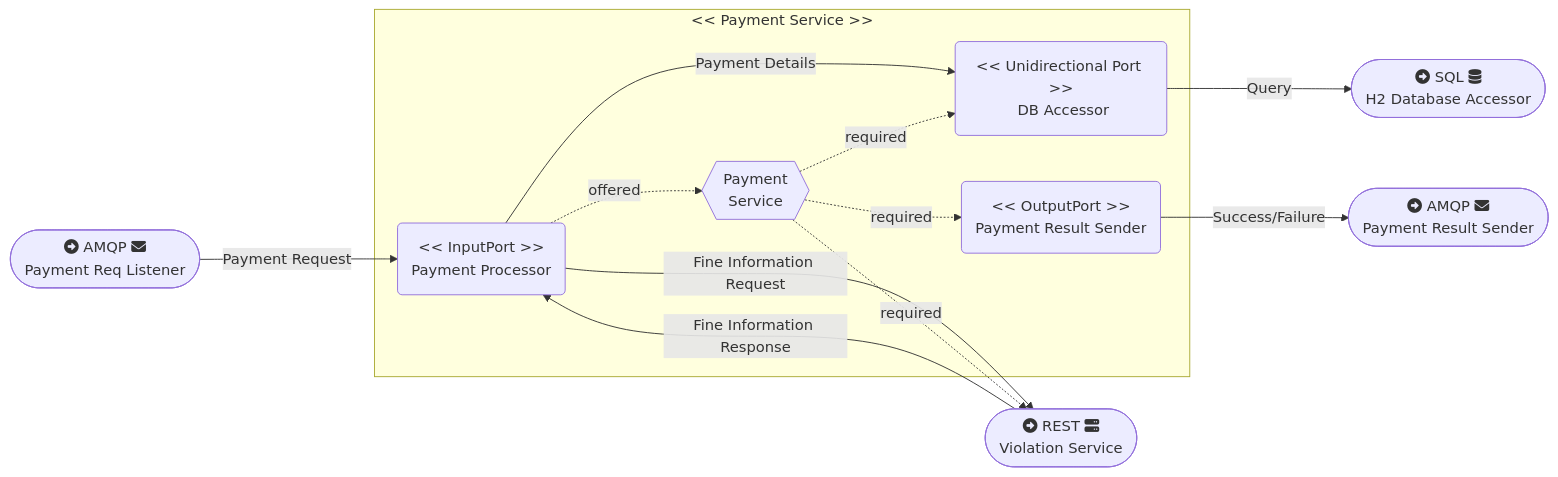
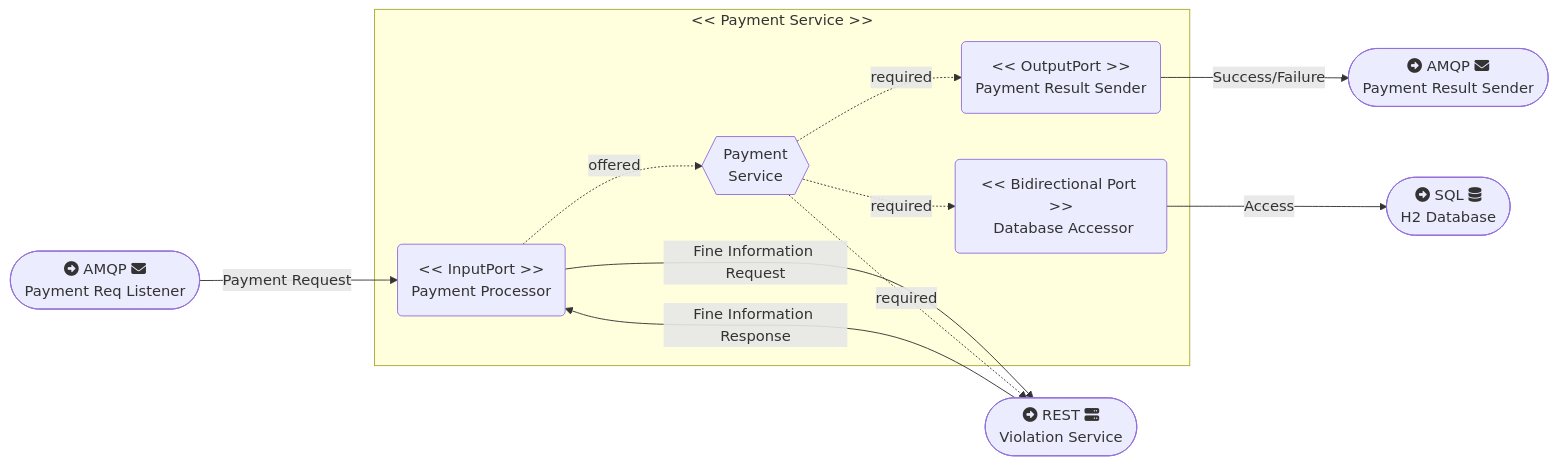
The diagram in diagram/payment-service-flowchart.mmd (jingwenshi-dev/Microservice-Parking-System), drawn with Mermaid before and after one commit.

Commit message:
payment chart

```diff
--- a/diagram/payment-service-flowchart.mmd
+++ b/diagram/payment-service-flowchart.mmd
@@ -1,25 +1,24 @@
 flowchart LR
 
     AMQPPaymentReqListener([fa:fa-circle-right AMQP fa:fa-envelope<br> Payment Req Listener])
     AMQPPaymentResultSender([fa:fa-circle-right AMQP fa:fa-envelope<br> Payment Result Sender])
-    H2DatabaseAccessor([fa:fa-circle-right SQL fa:fa-database<br> H2 Database Accessor])
+    H2Database([fa:fa-circle-right SQL fa:fa-database<br> H2 Database])
     ViolationService([fa:fa-circle-right REST fa:fa-server<br> Violation Service])
 
     subgraph "<< Payment Service >>"
         PaymentProcessor("<< InputPort >><br> Payment Processor")
         PaymentResultSender("<< OutputPort >><br> Payment Result Sender")
-        PaymentDBAccessor("<< Unidirectional Port >><br> DB Accessor")
+        PaymentDBAccessor("<< Bidirectional Port >><br> Database Accessor")
         PAYMENT_SERVICE{{"Payment <br> Service"}}
     end
 
     AMQPPaymentReqListener -- Payment Request --> PaymentProcessor
     PaymentProcessor -- Fine Information Request --> ViolationService
     ViolationService -- Fine Information Response --> PaymentProcessor
-    PaymentProcessor -- Payment Details --> PaymentDBAccessor
+    PaymentDBAccessor -- Access --> H2Database
     PaymentResultSender -- Success/Failure --> AMQPPaymentResultSender
-    PaymentDBAccessor -- Query --> H2DatabaseAccessor
 
     PaymentProcessor -. offered .-> PAYMENT_SERVICE
     PAYMENT_SERVICE -. required .-> PaymentResultSender
     PAYMENT_SERVICE -. required .-> PaymentDBAccessor
     PAYMENT_SERVICE -. required .-> ViolationService
```
